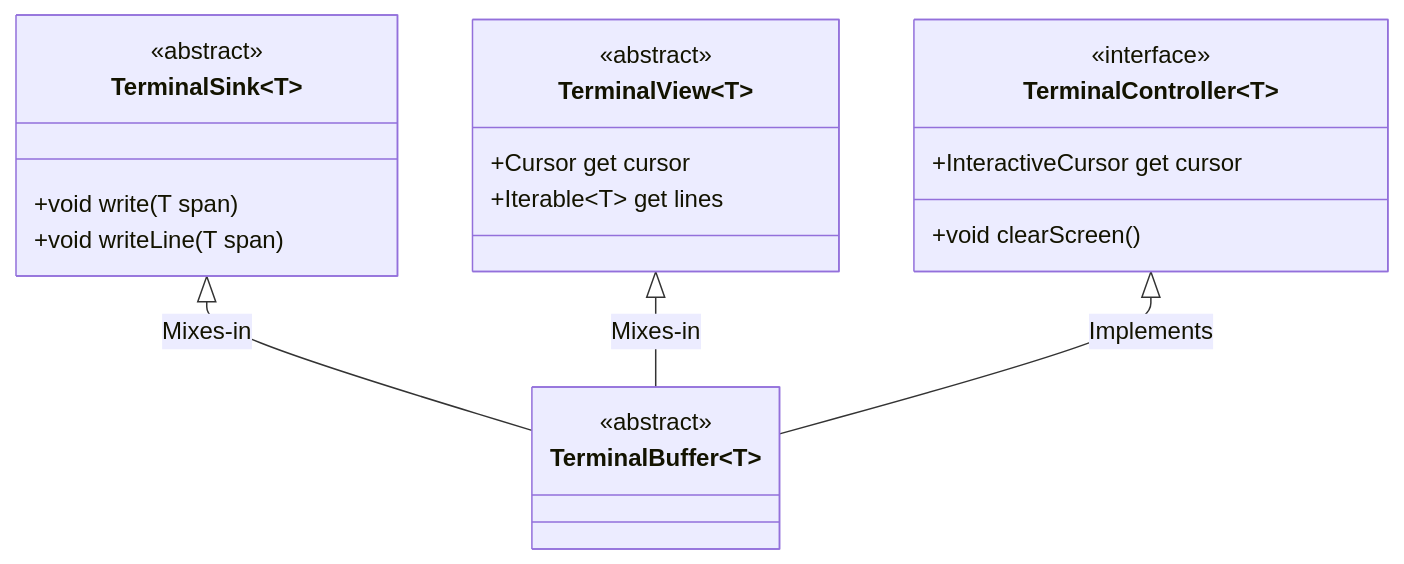
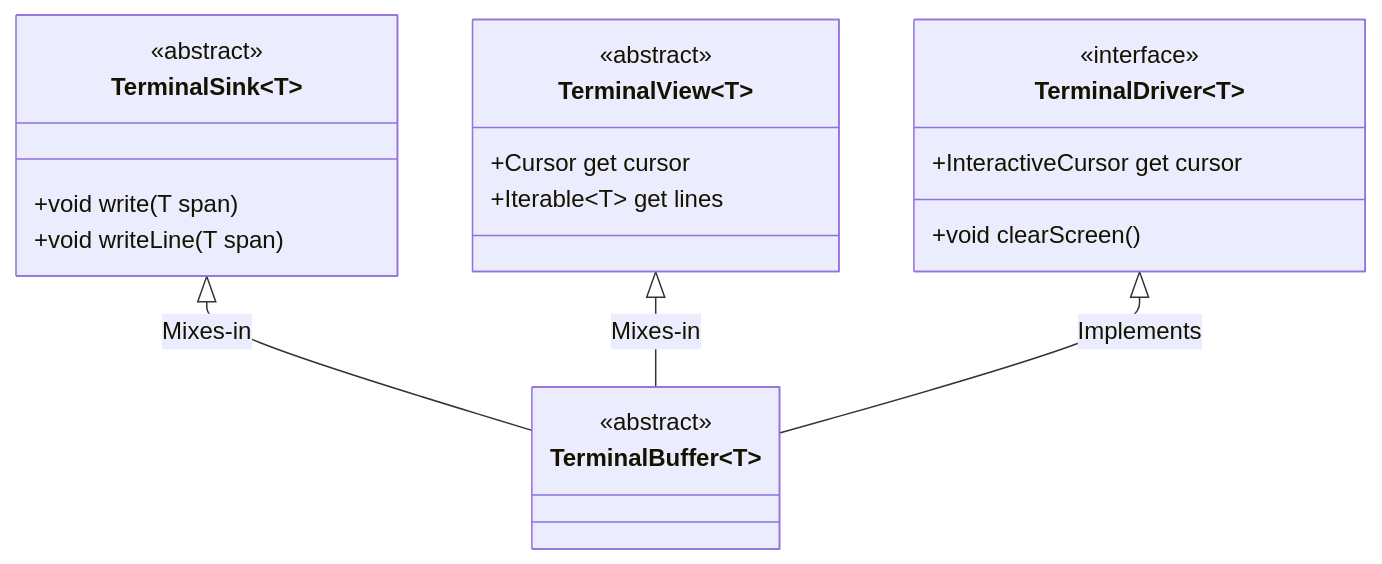
Before and after one commit to matanlurey/dt: the first of 2 diagrams in README.md, drawn with Mermaid. The commit also changed 5 other files, not shown here.

````diff
--- a/README.md
+++ b/README.md
@@ -70,24 +70,24 @@
 ```mermaid
 classDiagram
   class TerminalSink~T~
   <<abstract>> TerminalSink
     TerminalSink~T~ : +void write(T span)
     TerminalSink~T~ : +void writeLine(T span)
 
-  class TerminalController~T~
-  <<interface>> TerminalController
-    TerminalController~T~ : +InteractiveCursor get cursor
-    TerminalController~T~ : +void clearScreen()
+  class TerminalDriver~T~
+  <<interface>> TerminalDriver
+    TerminalDriver~T~ : +InteractiveCursor get cursor
+    TerminalDriver~T~ : +void clearScreen()
 
   class TerminalView~T~
   <<abstract>> TerminalView
     TerminalView~T~ : +Cursor get cursor
     TerminalView~T~ : +Iterable~T~ get lines
 
   class TerminalBuffer~T~
   <<abstract>> TerminalBuffer
   
   TerminalSink~T~ <|-- TerminalBuffer~T~ : Mixes-in
   TerminalView~T~ <|-- TerminalBuffer~T~ : Mixes-in
-  TerminalController~T~ <|-- TerminalBuffer~T~ : Implements
+  TerminalDriver~T~ <|-- TerminalBuffer~T~ : Implements
 ```
````
